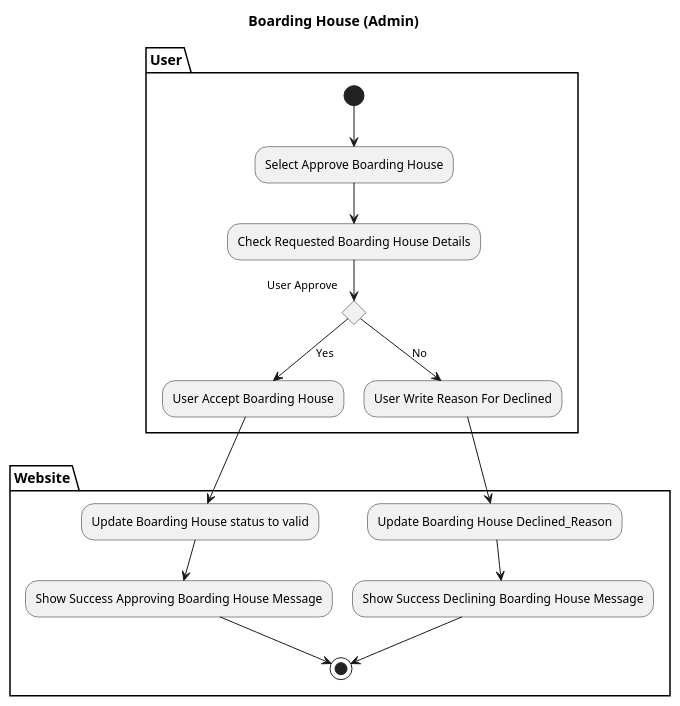
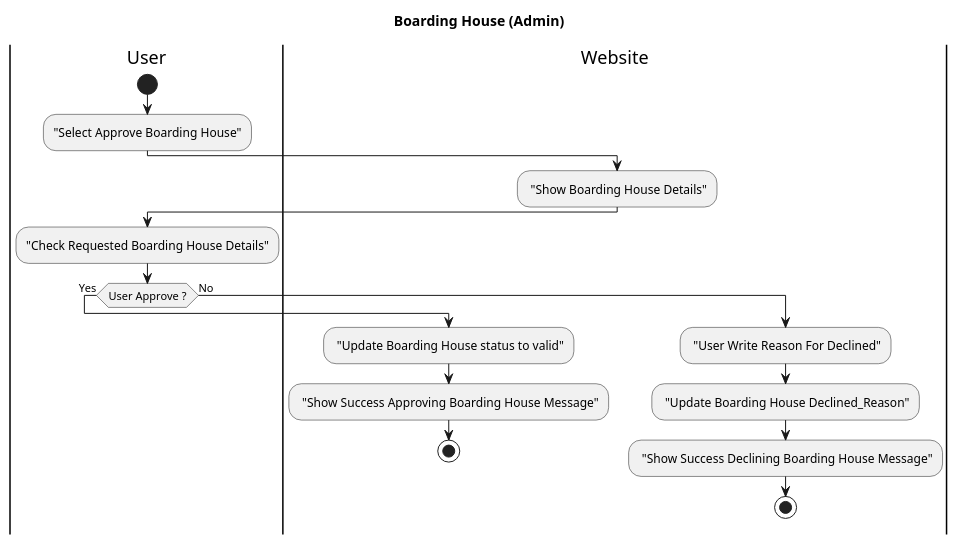
The diagram in Design/BHFMS_ACTIVITY/Boarding House (Admin) Approve.puml (AntWort21/BHFMS), drawn with PlantUML before and after one commit. The commit also changed 9 other files, not shown here.

Commit message:
Update all Activity Diagram w/ Swimlane

```diff
--- a/Design/BHFMS_ACTIVITY/Boarding House (Admin) Approve.puml
+++ b/Design/BHFMS_ACTIVITY/Boarding House (Admin) Approve.puml
@@ -1,21 +1,23 @@
 @startuml
 title Boarding House (Admin)
-partition User {
-(*) --> "Select Approve Boarding House"
-    -->"Check Requested Boarding House Details"
-     If "User Approve" then
-        --> [Yes] "User Accept Boarding House"
-        else
-        --> [No] "User Write Reason For Declined"
-        Endif
-}
-
-partition Website {
-    "User Accept Boarding House" --> "Update Boarding House status to valid"
-    --> "Show Success Approving Boarding House Message"
-    -->(*)
-    "User Write Reason For Declined" --> "Update Boarding House Declined_Reason"
-    --> "Show Success Declining Boarding House Message"
-    --> (*)
-}
+|User|
+start 
+    :"Select Approve Boarding House";
+|Website|
+    : "Show Boarding House Details";
+|User|
+    :"Check Requested Boarding House Details";
+    
+    if (User Approve ?) is (Yes) then
+|Website|
+    : "Update Boarding House status to valid";
+    : "Show Success Approving Boarding House Message";
+    stop
+else (No)
+    : "User Write Reason For Declined";
+|Website|
+    : "Update Boarding House Declined_Reason";
+    : "Show Success Declining Boarding House Message";
+    stop
+endif
 @enduml
```
